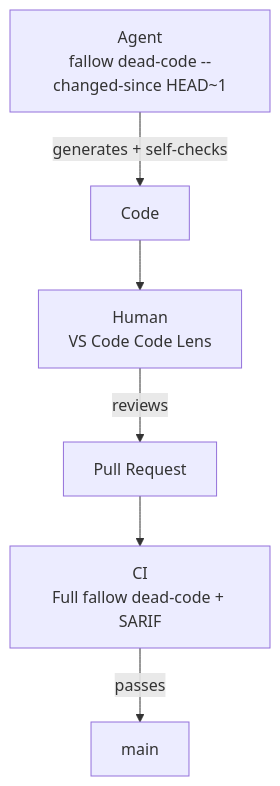
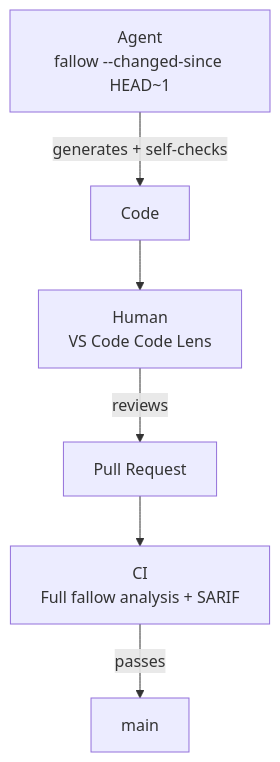
The diagram in integrations/ci.mdx (fallow-rs/docs), drawn with Mermaid before and after one commit. The commit also changed other lines of this file and 2 other files, not shown here.

First line of the commit message:
docs: promote bare fallow over dead-code, add health examples, fix GitLab gaps

````diff
--- a/integrations/ci.mdx
+++ b/integrations/ci.mdx
@@ -327,8 +352,8 @@
 ```mermaid
 flowchart TB
-  A["Agent<br/>fallow dead-code --changed-since HEAD~1"] -->|generates + self-checks| B["Code"]
+  A["Agent<br/>fallow --changed-since HEAD~1"] -->|generates + self-checks| B["Code"]
   B --> C["Human<br/>VS Code Code Lens"]
   C -->|reviews| D["Pull Request"]
-  D --> E["CI<br/>Full fallow dead-code + SARIF"]
+  D --> E["CI<br/>Full fallow analysis + SARIF"]
   E -->|passes| F["main"]
 ```
````
